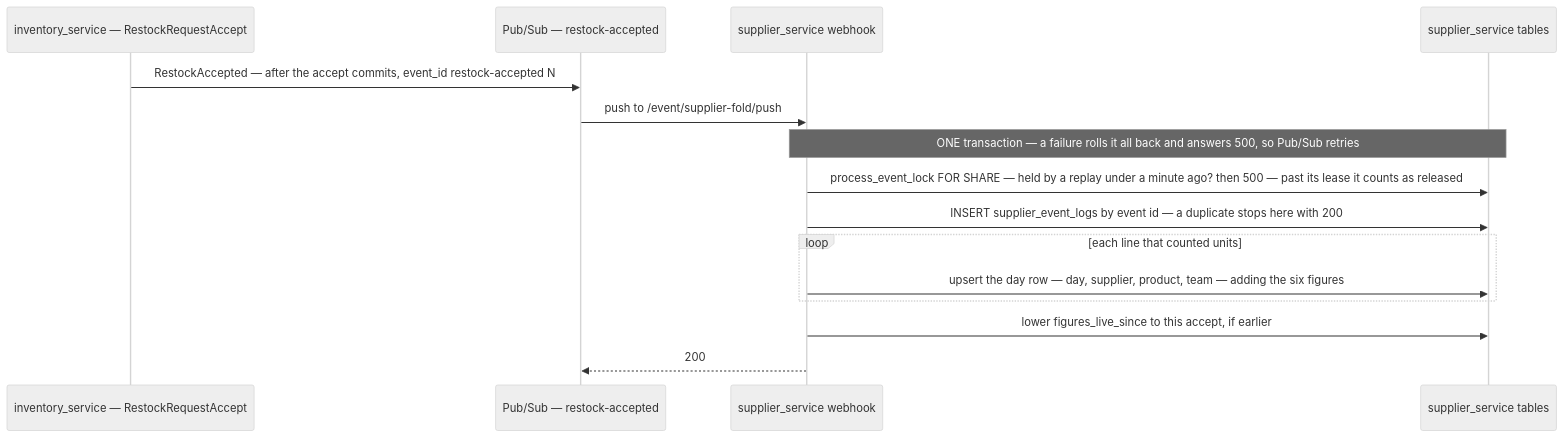
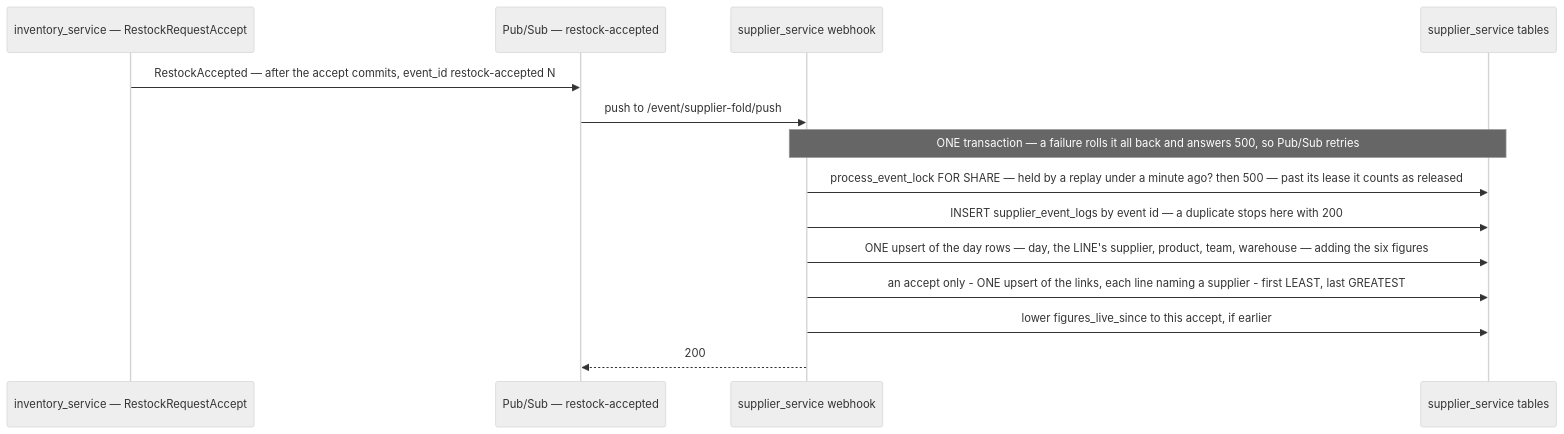
The fourth of 14 diagrams in docs/services/supplier_service/rpc.md (pdcgo/warehouse_revamp), drawn with Mermaid (neutral theme) before and after one commit. The commit also changed other lines of this file and 154 other files, not shown here.

````diff
--- a/docs/services/supplier_service/rpc.md
+++ b/docs/services/supplier_service/rpc.md
@@ -113,17 +115,16 @@
 ```mermaid
 sequenceDiagram
   participant INV as inventory_service — RestockRequestAccept
   participant PS as Pub/Sub — restock-accepted
   participant W as supplier_service webhook
   participant DB as supplier_service tables
   INV->>PS: RestockAccepted — after the accept commits, event_id restock-accepted N
   PS->>W: push to /event/supplier-fold/push
   Note over W,DB: ONE transaction — a failure rolls it all back and answers 500, so Pub/Sub retries
   W->>DB: process_event_lock FOR SHARE — held by a replay under a minute ago? then 500 — past its lease it counts as released
   W->>DB: INSERT supplier_event_logs by event id — a duplicate stops here with 200
-  loop each line that counted units
-    W->>DB: upsert the day row — day, supplier, product, team — adding the six figures
-  end
+  W->>DB: ONE upsert of the day rows — day, the LINE's supplier, product, team, warehouse — adding the six figures
+  W->>DB: an accept only - ONE upsert of the links, each line naming a supplier - first LEAST, last GREATEST
   W->>DB: lower figures_live_since to this accept, if earlier
   W-->>PS: 200
 ```
````
